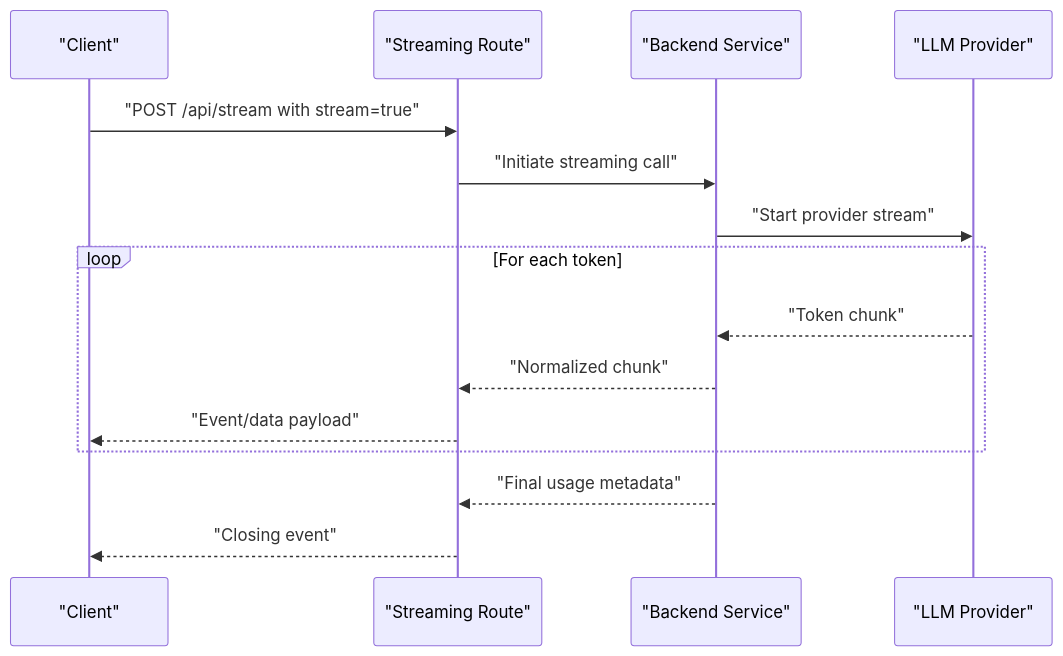
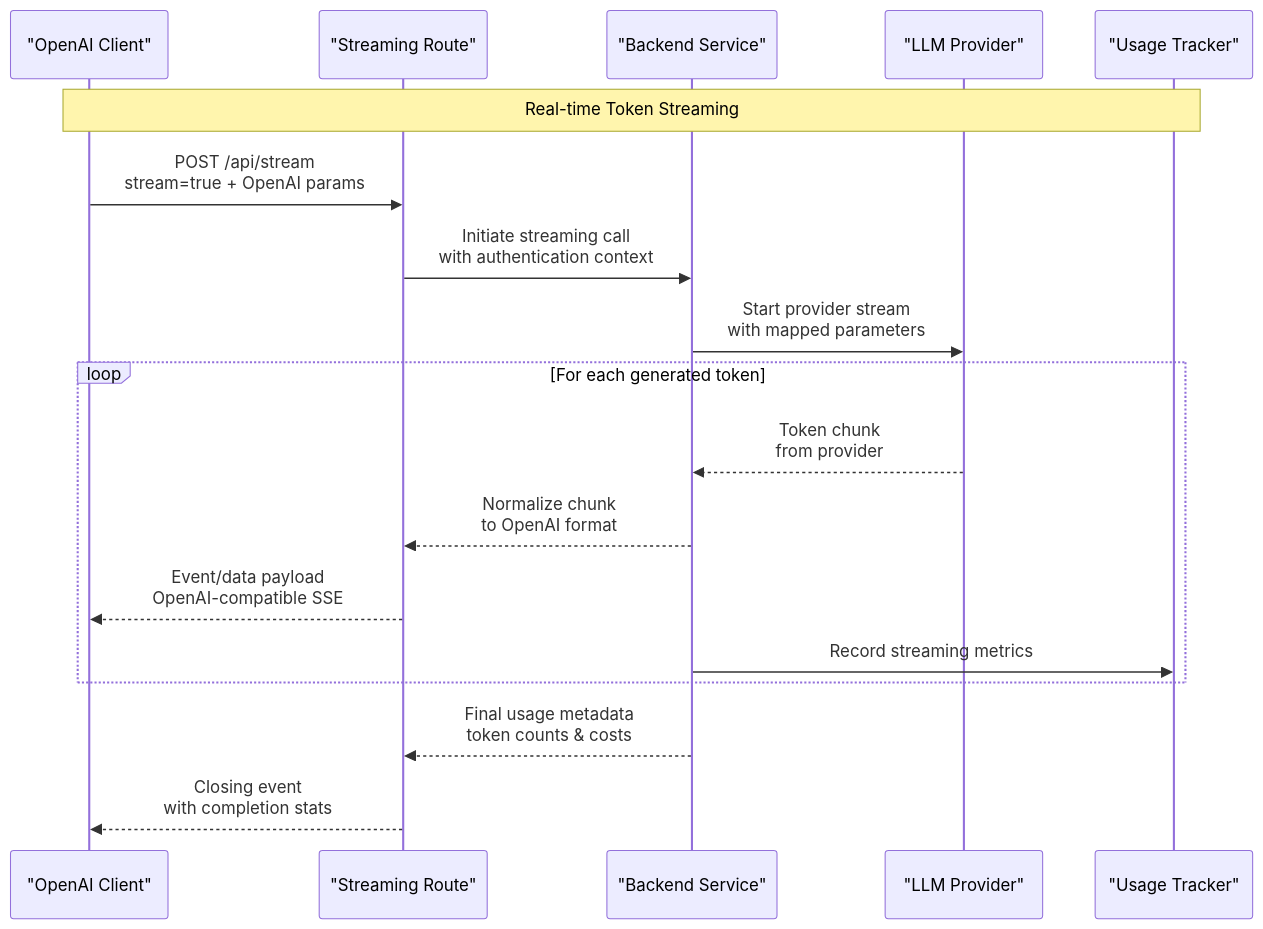
One commit to HassanAmeer/cheaprouter changed the fourth of 8 diagrams in .qoder/repowiki/en/content/Integration Guides/OpenAI Compatibility Layer.md. Above: the diagram before and after it, drawn with Mermaid. The commit also changed other lines of this file and 54 other files, not shown here.

````diff
--- a/.qoder/repowiki/en/content/Integration Guides/OpenAI Compatibility Layer.md
+++ b/.qoder/repowiki/en/content/Integration Guides/OpenAI Compatibility Layer.md
@@ -159,17 +178,20 @@
 ```mermaid
 sequenceDiagram
-participant C as "Client"
+participant C as "OpenAI Client"
 participant S as "Streaming Route"
 participant B as "Backend Service"
 participant P as "LLM Provider"
-C->>S : "POST /api/stream with stream=true"
-S->>B : "Initiate streaming call"
-B->>P : "Start provider stream"
-loop For each token
-P-->>B : "Token chunk"
-B-->>S : "Normalized chunk"
-S-->>C : "Event/data payload"
+participant U as "Usage Tracker"
+Note over C,U : Real-time Token Streaming
+C->>S : POST /api/stream<br/>stream=true + OpenAI params
+S->>B : Initiate streaming call<br/>with authentication context
+B->>P : Start provider stream<br/>with mapped parameters
+loop For each generated token
+P-->>B : Token chunk<br/>from provider
+B-->>S : Normalize chunk<br/>to OpenAI format
+S-->>C : Event/data payload<br/>OpenAI-compatible SSE
+B->>U : Record streaming metrics
 end
-B-->>S : "Final usage metadata"
-S-->>C : "Closing event"
+B-->>S : Final usage metadata<br/>token counts & costs
+S-->>C : Closing event<br/>with completion stats
 ```
````
